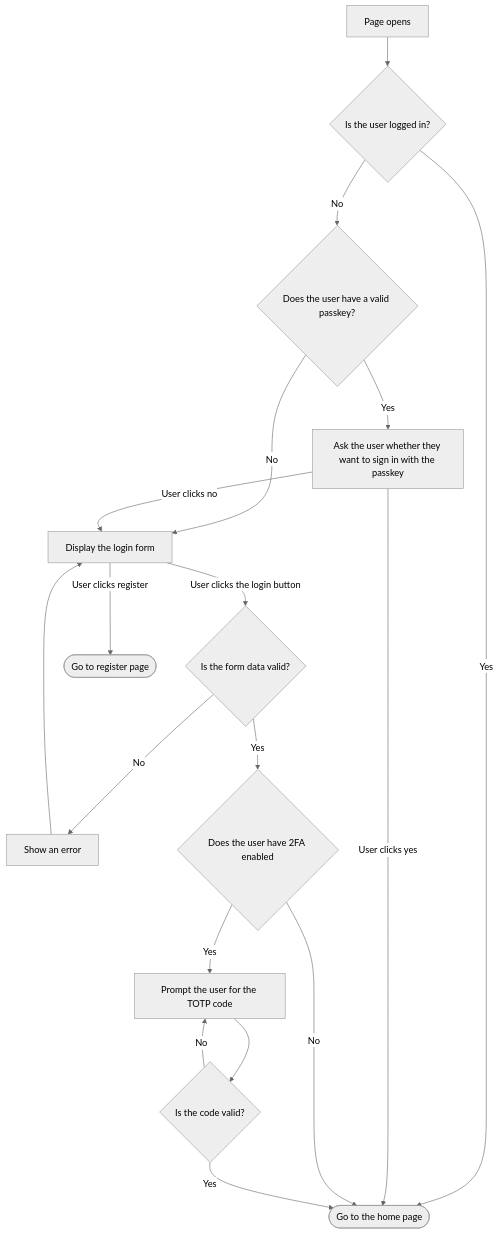
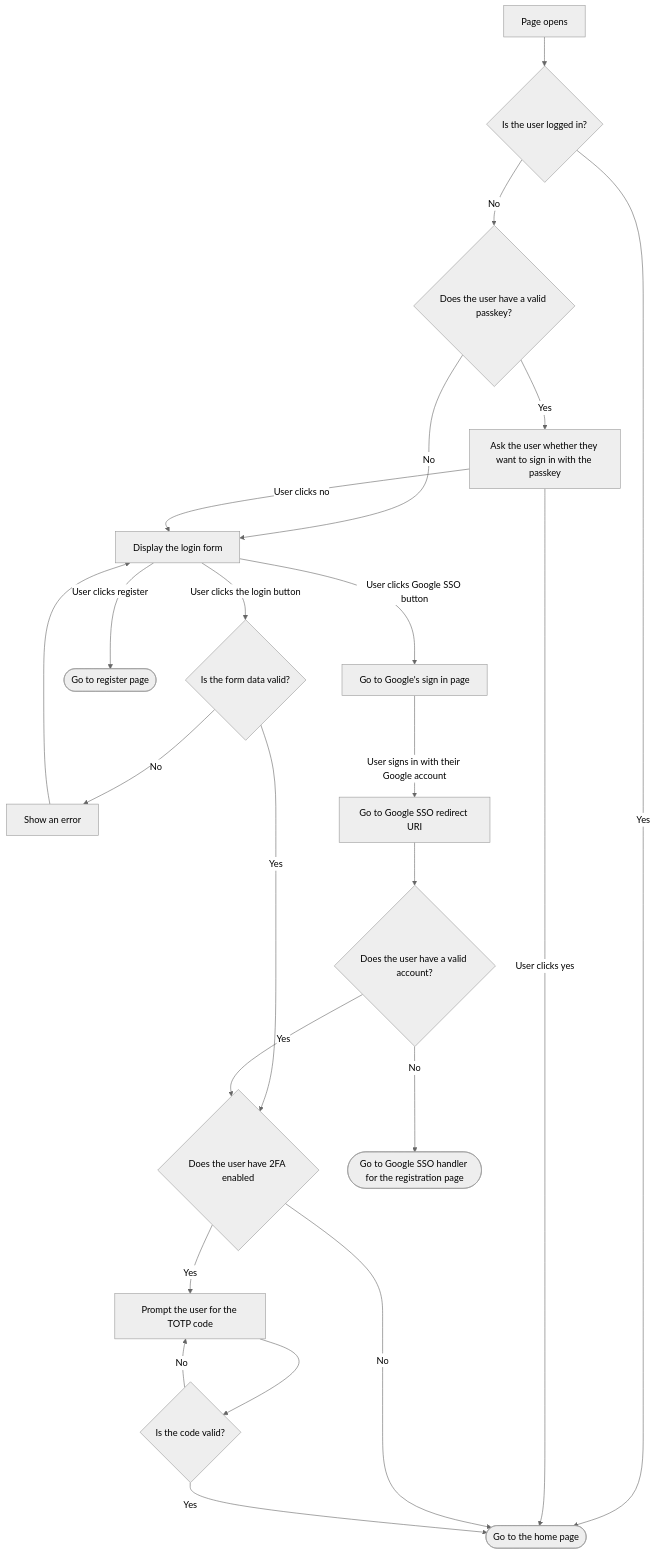
The diagram in flows/LOGIN.md (AaravMalani/specs), drawn with Mermaid (neutral theme) before and after one commit.

Commit message:
chore(flows): add Google SSO to flowchart

````diff
--- a/flows/LOGIN.md
+++ b/flows/LOGIN.md
@@ -4,37 +4,47 @@
 ```mermaid
 flowchart TD
 
     A[Page opens] --> B{Is the user logged in?}
 
     B -->|Yes| C([Go to the home page])
 
     B -->|No| K{Does the user have a valid passkey?}
 
     K -->|Yes| L[Ask the user whether they want to sign in with the passkey]
 
     K -->|No| D[Display the login form]
 
     L -->|User clicks no| D
 
     L -->|User clicks yes| C
 
     D -->|User clicks the login button| E{Is the form data valid?}
 
     E -->|No| F[Show an error]
 
     E -->|Yes| H{Does the user have 2FA enabled}
 
     H -->|Yes| I[Prompt the user for the TOTP code]
 
     H -->|No| C
 
     I --> J{Is the code valid?}
 
     J -->|Yes| C
 
     J -->|No| I
 
     F --> D
 
     D -->|User clicks register| G([Go to register page])
+
+    D -->|User clicks Google SSO button| M[Go to Google's sign in page]
+
+    M -->|User signs in with their Google account| N[Go to Google SSO redirect URI]
+    
+    N --> O{Does the user have a valid account?}
+    
+    O -->|Yes| H
+    
+    O -->|No| P([Go to Google SSO handler for the registration page])
 ```
````
